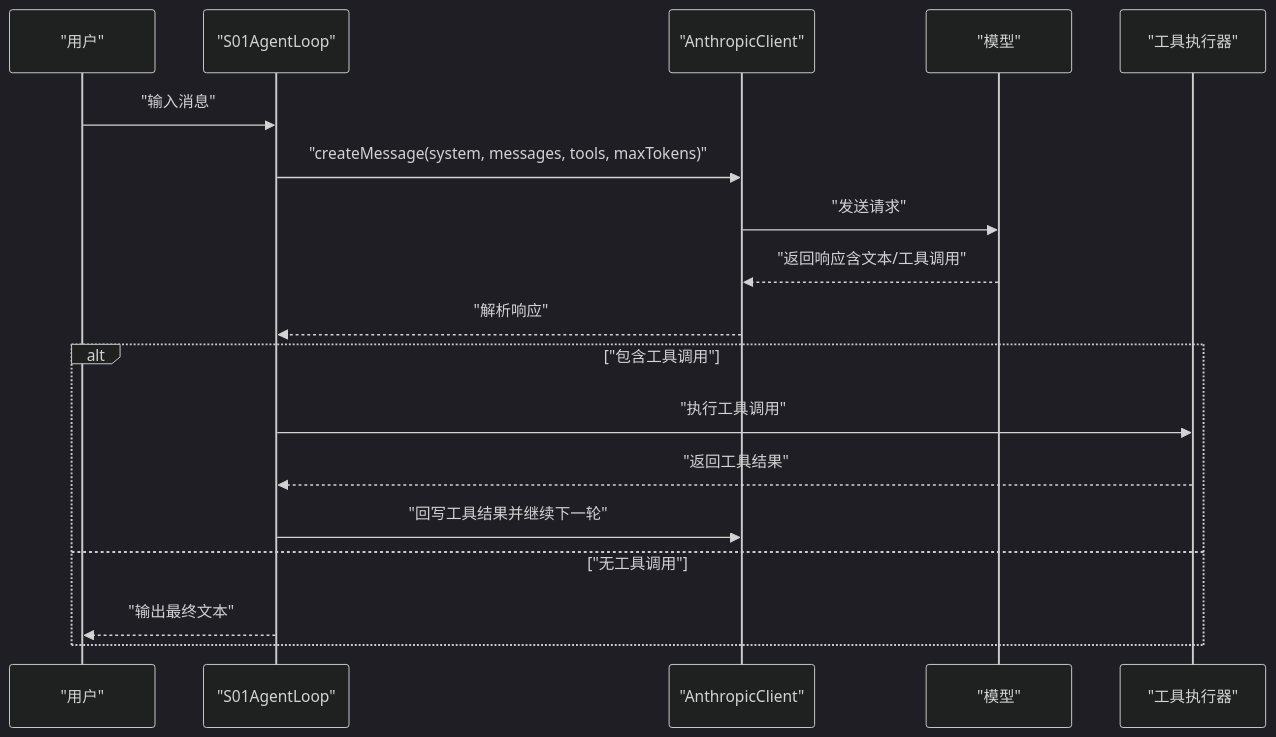
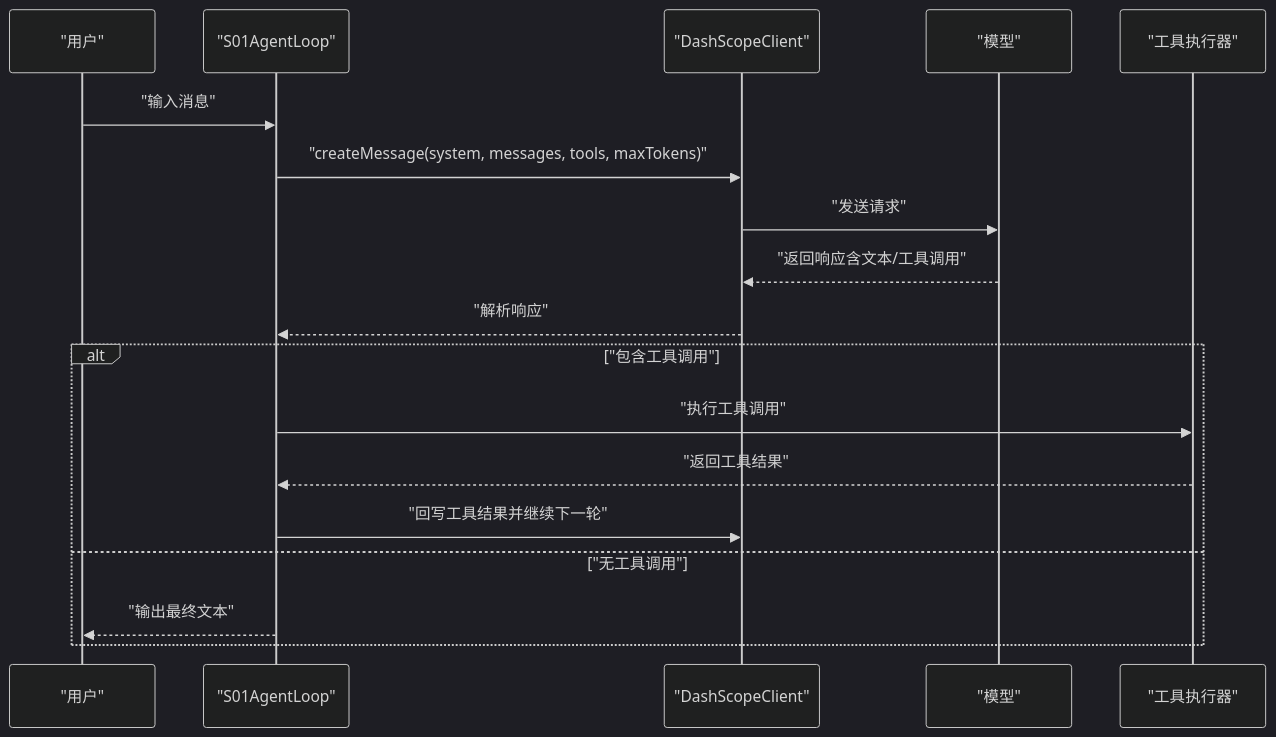
The second of 7 diagrams in .qoder/repowiki/zh/content/代理模块系列/基础代理模块.md (zhaojunyi0016/learn-harness), drawn with Mermaid (dark theme) before and after one commit. The commit also changed other lines of this file and 5 other files, not shown here.

````diff
--- a/.qoder/repowiki/zh/content/代理模块系列/基础代理模块.md
+++ b/.qoder/repowiki/zh/content/代理模块系列/基础代理模块.md
@@ -110,20 +120,20 @@
 ```mermaid
 sequenceDiagram
 participant U as "用户"
 participant S01 as "S01AgentLoop"
-participant AC as "AnthropicClient"
+participant DC as "DashScopeClient"
 participant M as "模型"
 participant T as "工具执行器"
 U->>S01 : "输入消息"
-S01->>AC : "createMessage(system, messages, tools, maxTokens)"
-AC->>M : "发送请求"
-M-->>AC : "返回响应含文本/工具调用"
-AC-->>S01 : "解析响应"
+S01->>DC : "createMessage(system, messages, tools, maxTokens)"
+DC->>M : "发送请求"
+M-->>DC : "返回响应含文本/工具调用"
+DC-->>S01 : "解析响应"
 alt "包含工具调用"
 S01->>T : "执行工具调用"
 T-->>S01 : "返回工具结果"
-S01->>AC : "回写工具结果并继续下一轮"
+S01->>DC : "回写工具结果并继续下一轮"
 else "无工具调用"
 S01-->>U : "输出最终文本"
 end
 ```
````
